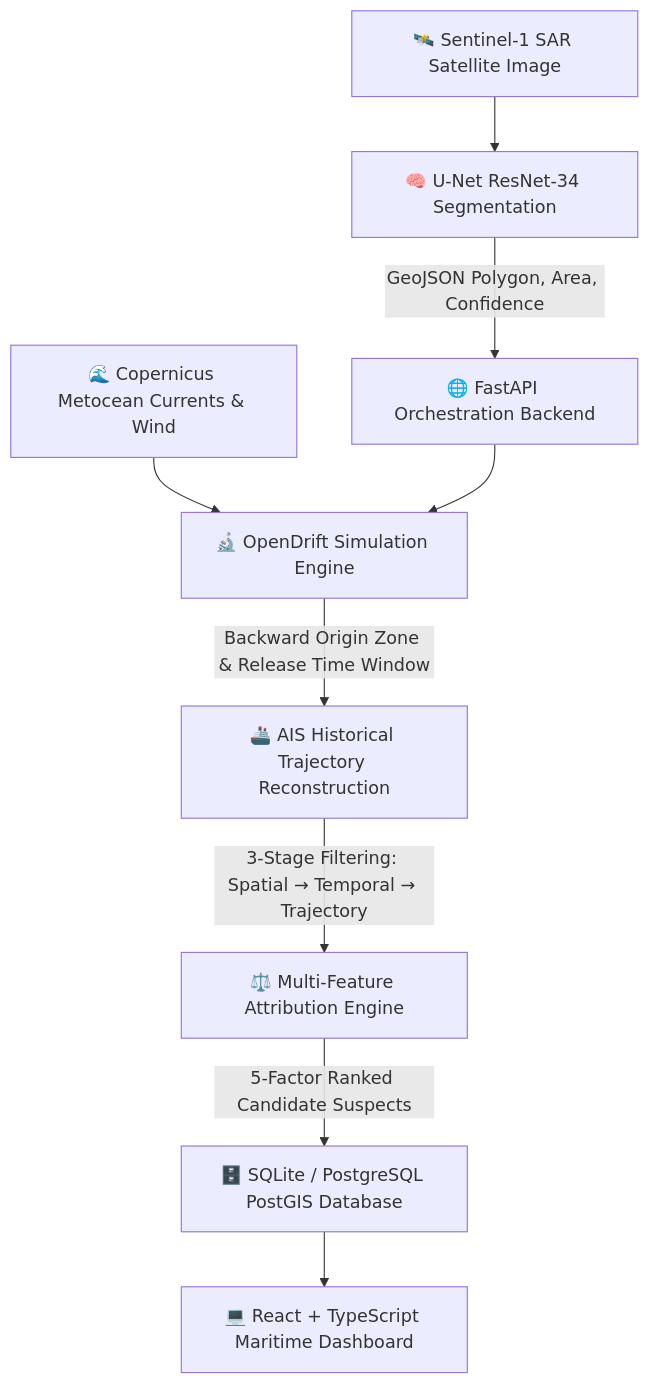
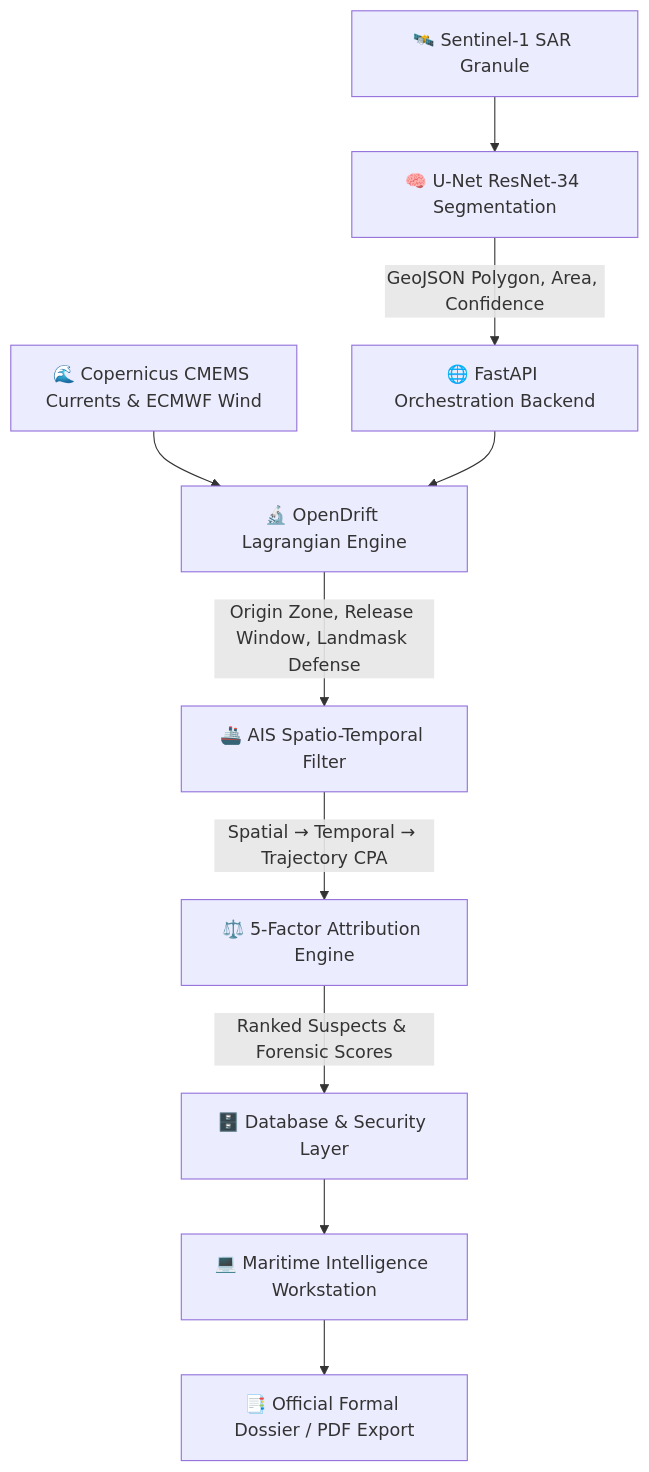
The diagram in README.md (aayush-debug/MarineTrace), drawn with Mermaid before and after one commit. The commit also changed other lines of this file, not shown here.

Commit message:
docs: update README.md with comprehensive documentation of workstation redesign, PDF reports, tests, and land avoidance

````diff
--- a/README.md
+++ b/README.md
@@ -46,11 +78,12 @@
 ```mermaid
 graph TD
-    A[🛰️ Sentinel-1 SAR Satellite Image] --> B[🧠 U-Net ResNet-34 Segmentation]
+    A[🛰️ Sentinel-1 SAR Granule] --> B[🧠 U-Net ResNet-34 Segmentation]
     B -->|GeoJSON Polygon, Area, Confidence| C[🌐 FastAPI Orchestration Backend]
-    D[🌊 Copernicus Metocean Currents & Wind] --> E[🔬 OpenDrift Simulation Engine]
+    D[🌊 Copernicus CMEMS Currents & ECMWF Wind] --> E[🔬 OpenDrift Lagrangian Engine]
     C --> E
-    E -->|Backward Origin Zone & Release Time Window| F[🚢 AIS Historical Trajectory Reconstruction]
-    F -->|3-Stage Filtering: Spatial → Temporal → Trajectory| G[⚖️ Multi-Feature Attribution Engine]
-    G -->|5-Factor Ranked Candidate Suspects| H[🗄️ SQLite / PostgreSQL PostGIS Database]
-    H --> I[💻 React + TypeScript Maritime Dashboard]
+    E -->|Origin Zone, Release Window, Landmask Defense| F[🚢 AIS Spatio-Temporal Filter]
+    F -->|Spatial → Temporal → Trajectory CPA| G[⚖️ 5-Factor Attribution Engine]
+    G -->|Ranked Suspects & Forensic Scores| H[🗄️ Database & Security Layer]
+    H --> I[💻 Maritime Intelligence Workstation]
+    I --> J[📑 Official Formal Dossier / PDF Export]
 ```
````
